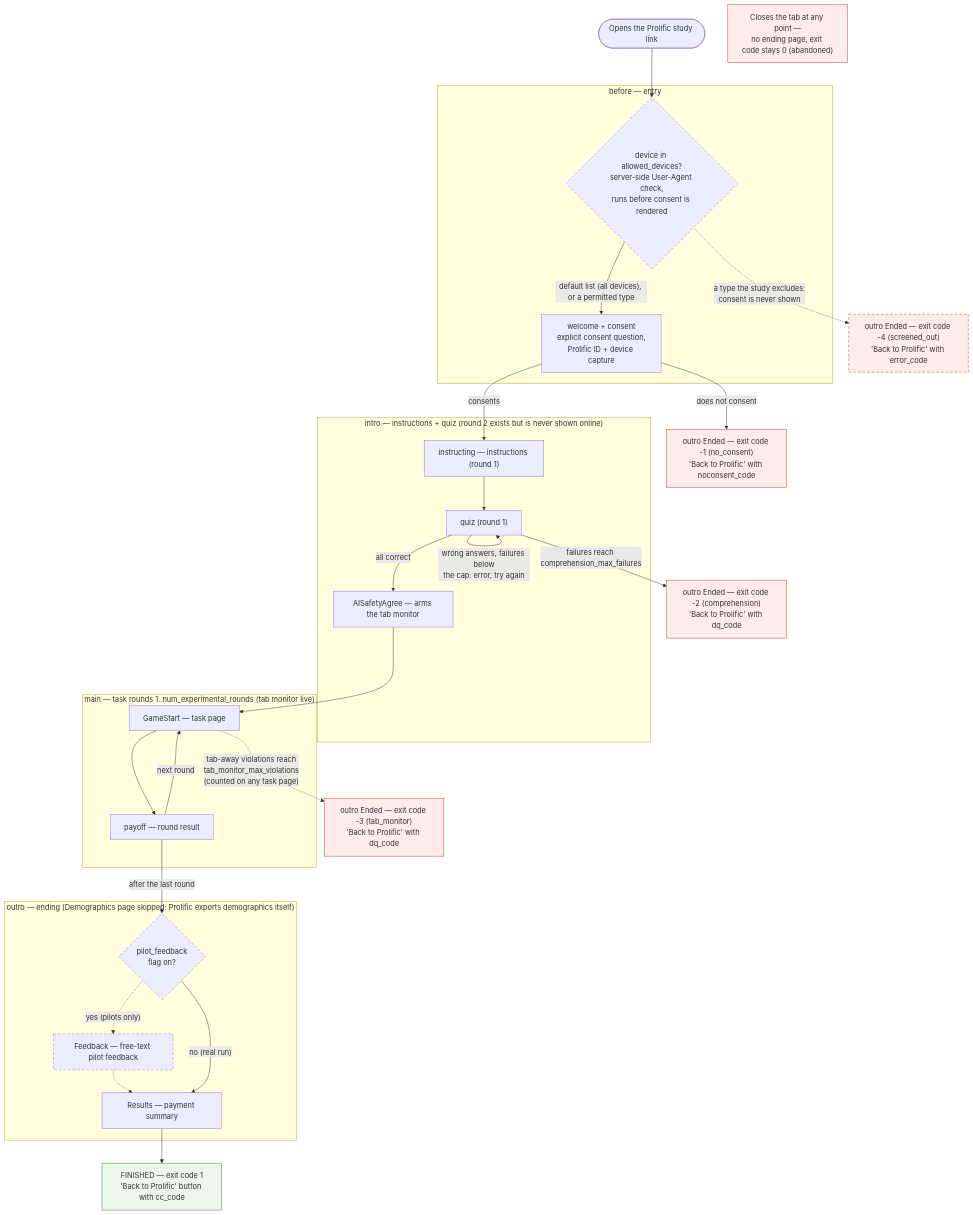
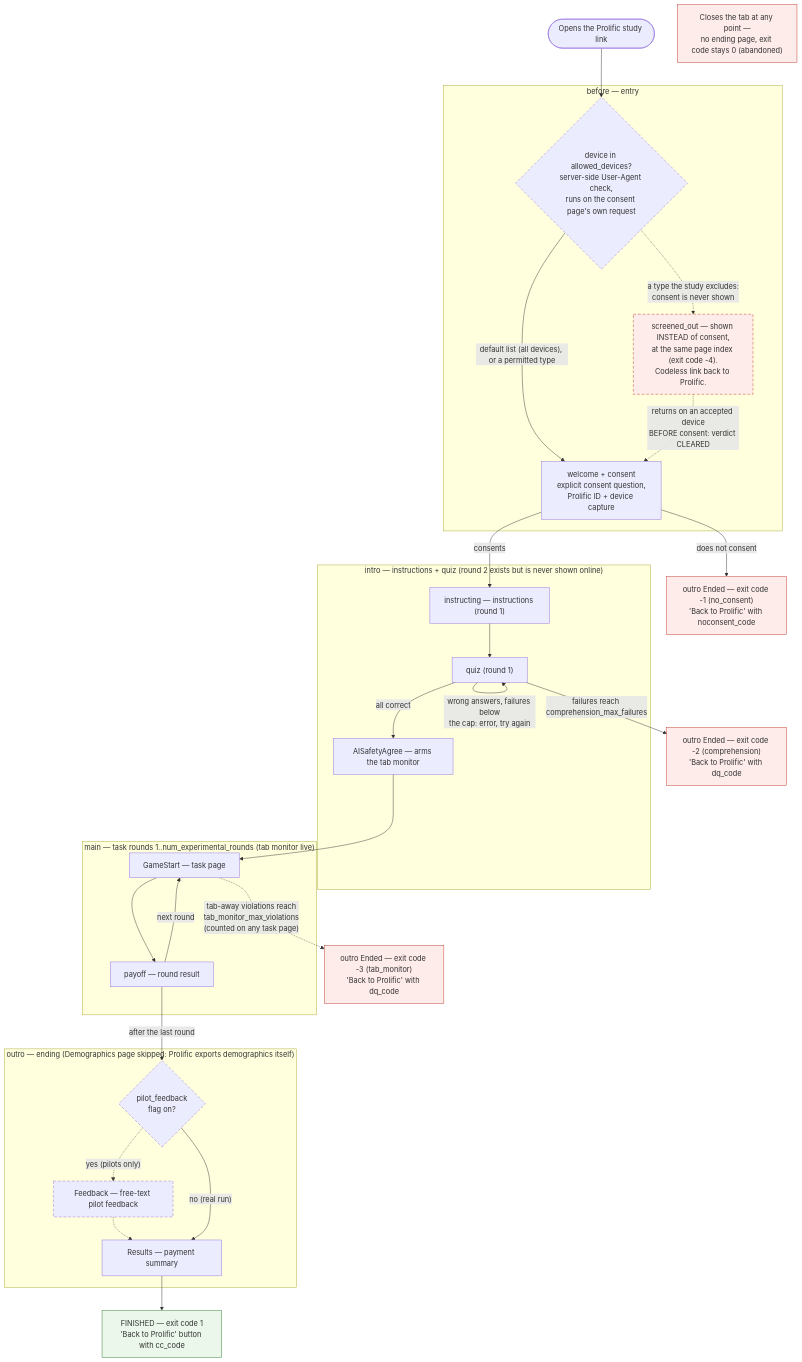
The first of 2 diagrams in README.md (juliantait/Template_oTree), drawn with Mermaid before and after one commit. The commit also changed other lines of this file and 22 other files, not shown here.

````diff
--- a/README.md
+++ b/README.md
@@ -115,50 +332,51 @@
 ```mermaid
 flowchart TD
     classDef terminal fill:#fdecea,stroke:#c0392b
     classDef success fill:#eaf7ea,stroke:#2e7d32
     classDef flagdep stroke-dasharray:6 4
 
     Start(["Opens the Prolific study link"]) --> Gate
     subgraph BEFORE ["before — entry"]
-        Gate{"device in allowed_devices?<br>server-side User-Agent check,<br>runs before consent is rendered"}
+        Gate{"device in allowed_devices?<br>server-side User-Agent check,<br>runs on the consent page's own request"}
         Gate -- "default list (all devices), or a permitted type" --> Welcome
         Welcome["welcome + consent<br>explicit consent question,<br>Prolific ID + device capture"]
+        ScreenOut["screened_out — shown INSTEAD of consent,<br>at the same page index (exit code -4).<br>Codeless link back to Prolific."]
     end
-    Gate -. "a type the study excludes:<br>consent is never shown" .-> EndedSO
+    Gate -. "a type the study excludes:<br>consent is never shown" .-> ScreenOut
+    ScreenOut -. "returns on an accepted device<br>BEFORE consent: verdict CLEARED" .-> Welcome
     Welcome -- "does not consent" --> EndedNC
     Welcome -- "consents" --> Instr1
 
     subgraph INTRO ["intro — instructions + quiz (round 2 exists but is never shown online)"]
         Instr1["instructing — instructions (round 1)"] --> Quiz1["quiz (round 1)"]
         Quiz1 -- "wrong answers, failures below<br>the cap: error, try again" --> Quiz1
         Quiz1 -- "all correct" --> Arm["AISafetyAgree — arms the tab monitor"]
     end
     Quiz1 -- "failures reach comprehension_max_failures" --> EndedDQ
 
     Arm --> Game
     subgraph MAIN ["main — task rounds 1..num_experimental_rounds (tab monitor live)"]
         Game["GameStart — task page"] --> Payoff["payoff — round result"]
         Payoff -- "next round" --> Game
     end
     Game -. "tab-away violations reach<br>tab_monitor_max_violations<br>(counted on any task page)" .-> EndedTM
     Payoff -- "after the last round" --> FbGate
 
     subgraph OUTRO ["outro — ending (Demographics page skipped: Prolific exports demographics itself)"]
         FbGate{"pilot_feedback<br>flag on?"}
         FbGate -. "yes (pilots only)" .-> Fb["Feedback — free-text pilot feedback"]
         Fb -.-> Results
         FbGate -- "no (real run)" --> Results
         Results["Results — payment summary"]
     end
 
     Results --> Done["FINISHED — exit code 1<br>'Back to Prolific' button with cc_code"]
     EndedNC["outro Ended — exit code -1 (no_consent)<br>'Back to Prolific' with noconsent_code"]
     EndedDQ["outro Ended — exit code -2 (comprehension)<br>'Back to Prolific' with dq_code"]
     EndedTM["outro Ended — exit code -3 (tab_monitor)<br>'Back to Prolific' with dq_code"]
-    EndedSO["outro Ended — exit code -4 (screened_out)<br>'Back to Prolific' with error_code"]
     Abandon["Closes the tab at any point —<br>no ending page, exit code stays 0 (abandoned)"]
 
     class Done success
-    class EndedNC,EndedDQ,EndedTM,EndedSO,Abandon terminal
-    class Fb,FbGate,Gate,EndedSO flagdep
+    class EndedNC,EndedDQ,EndedTM,ScreenOut,Abandon terminal
+    class Fb,FbGate,Gate,ScreenOut flagdep
 ```
````
